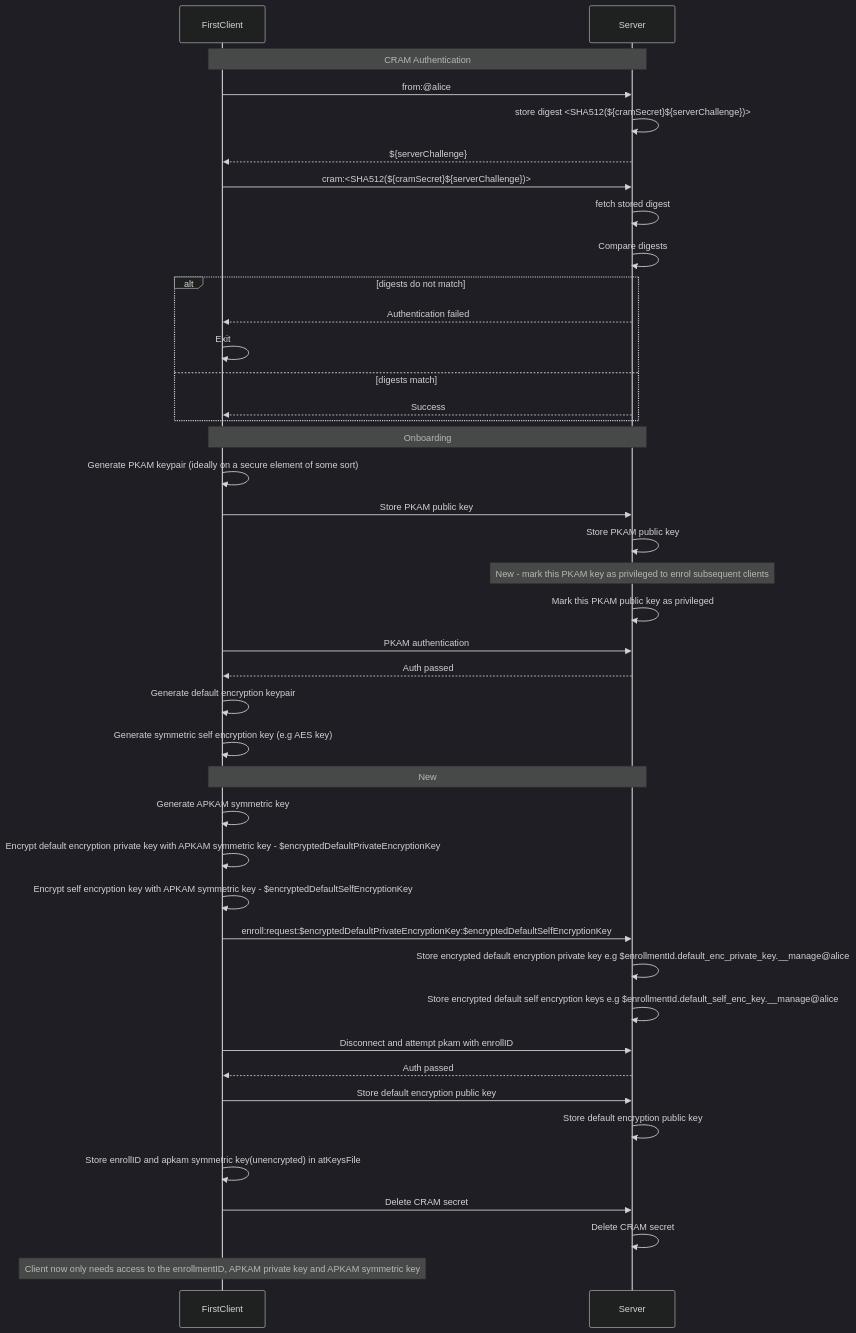
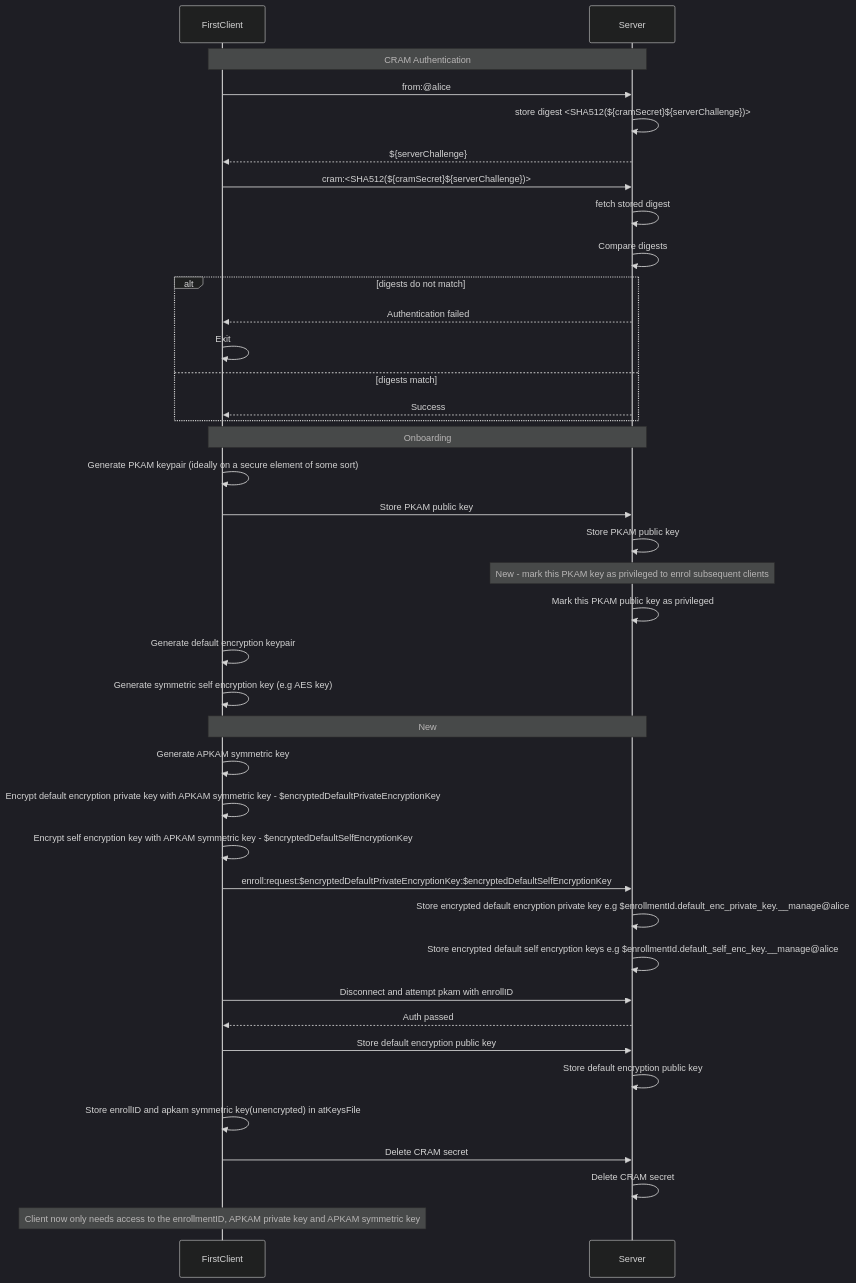
The second of 3 diagrams in decisions/2023-01-pkam-per-app-and-device.md (atsign-foundation/at_protocol), drawn with Mermaid (dark theme) before and after one commit.

Commit message:
fix: removed pkam auth

````diff
--- a/decisions/2023-01-pkam-per-app-and-device.md
+++ b/decisions/2023-01-pkam-per-app-and-device.md
@@ -335,46 +335,44 @@
 ```mermaid
 sequenceDiagram
     participant FirstClient
     participant Server
 
     note over FirstClient,Server: CRAM Authentication
 
     FirstClient->>Server: from:@alice
     Server->>Server: store digest <SHA512(${cramSecret}${serverChallenge})>
     Server-->>FirstClient: ${serverChallenge}
     FirstClient->>Server: cram:<SHA512(${cramSecret}${serverChallenge})>
     Server->>Server: fetch stored digest
     Server->>Server: Compare digests
     alt digests do not match
         Server-->>FirstClient: Authentication failed
         FirstClient->>FirstClient: Exit
     else digests match
         Server-->>FirstClient: Success
     end
 
     note over FirstClient,Server: Onboarding
     FirstClient->>FirstClient: Generate PKAM keypair (ideally on a secure element of some sort)
     FirstClient->>Server: Store PKAM public key
     Server->>Server: Store PKAM public key
     note over Server: New - mark this PKAM key as privileged to enrol subsequent clients
-    Server->>Server: Mark this PKAM public key as privileged
-    FirstClient->>Server: PKAM authentication
-    Server-->>FirstClient: Auth passed   
+    Server->>Server: Mark this PKAM public key as privileged       
     FirstClient->>FirstClient: Generate default encryption keypair    
     FirstClient->>FirstClient: Generate symmetric self encryption key (e.g AES key)
     note over FirstClient,Server: New
     FirstClient->>FirstClient: Generate APKAM symmetric key     
     FirstClient->>FirstClient: Encrypt default encryption private key with APKAM symmetric key - $encryptedDefaultPrivateEncryptionKey
     FirstClient->>FirstClient: Encrypt self encryption key with APKAM symmetric key - $encryptedDefaultSelfEncryptionKey
     FirstClient->>Server: enroll:request:$encryptedDefaultPrivateEncryptionKey:$encryptedDefaultSelfEncryptionKey         
     Server->>Server: Store encrypted default encryption private key e.g $enrollmentId.default_enc_private_key.__manage@alice
     Server->>Server: Store encrypted default self encryption keys e.g $enrollmentId.default_self_enc_key.__manage@alice
     FirstClient->>Server: Disconnect and attempt pkam with enrollID
     Server-->>FirstClient: Auth passed
     FirstClient->>Server: Store default encryption public key
     Server->>Server: Store default encryption public key
     FirstClient->>FirstClient: Store enrollID and apkam symmetric key(unencrypted) in atKeysFile
     FirstClient->>Server: Delete CRAM secret
     Server->>Server: Delete CRAM secret 
     note over FirstClient: Client now only needs access to the enrollmentID, APKAM private key and APKAM symmetric key 
 ```
````
